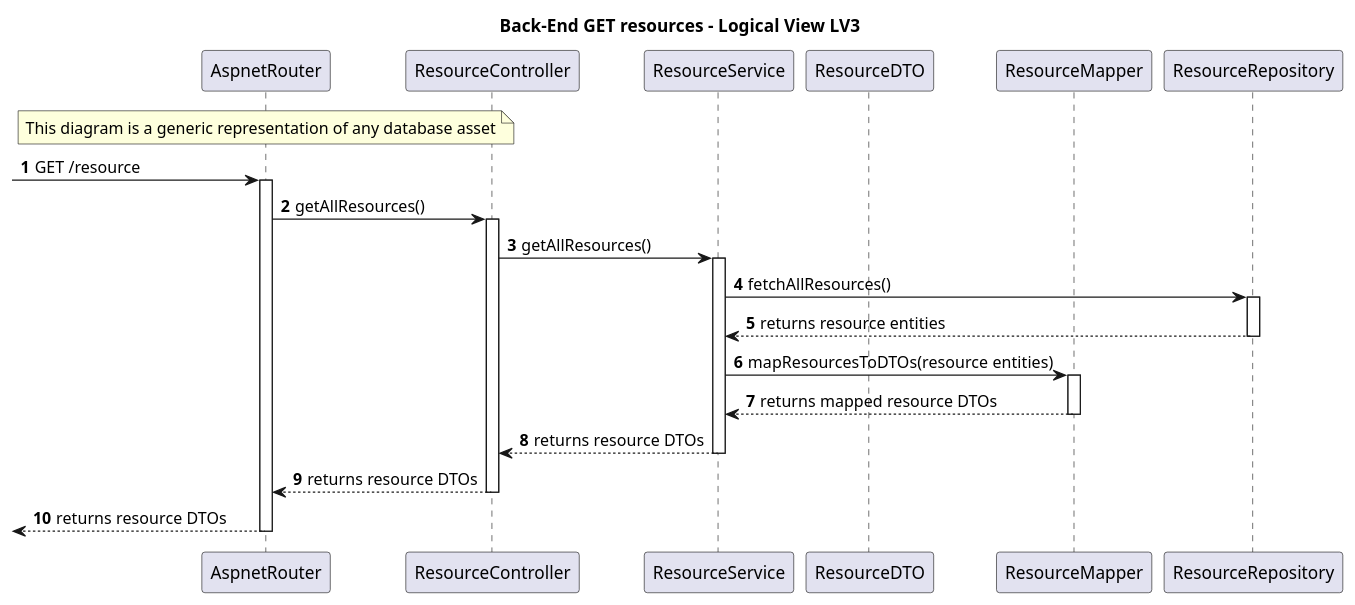
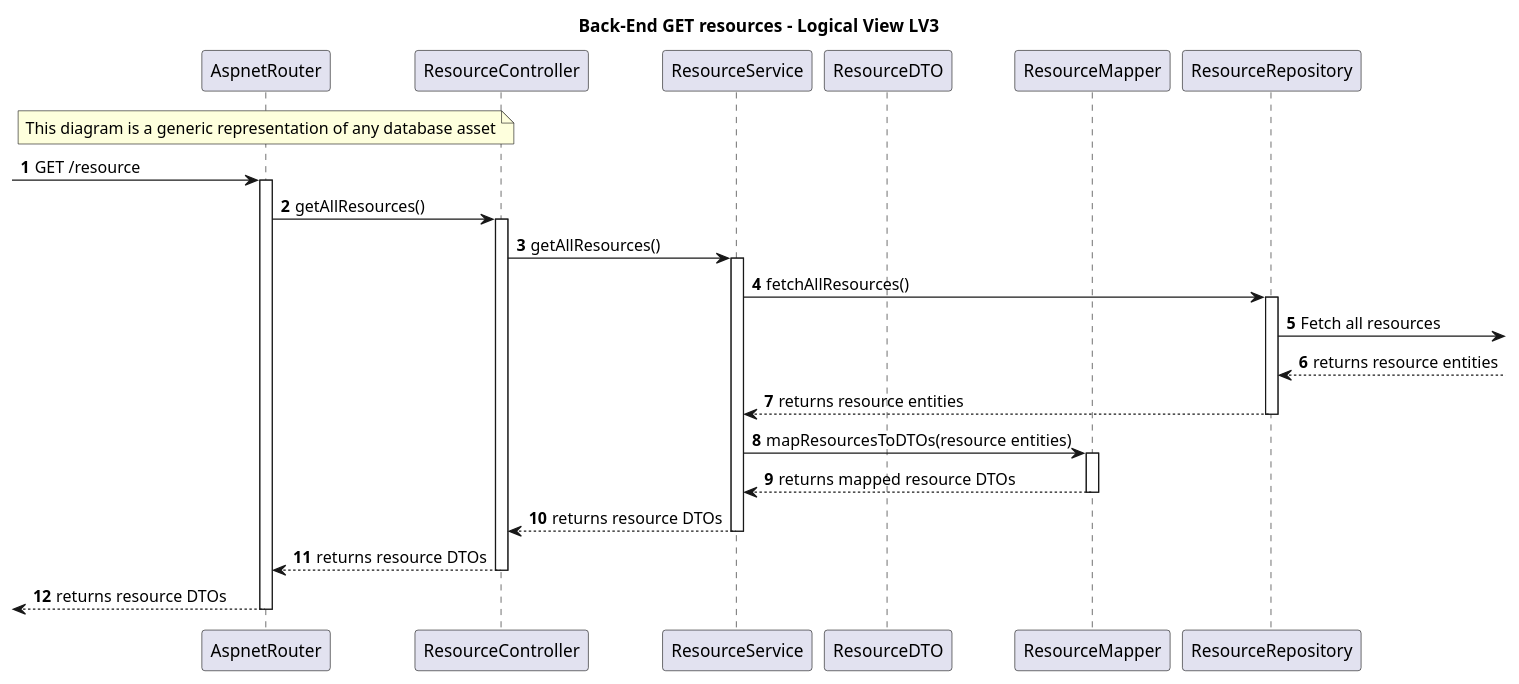
One commit to Saquinho74/LAPR5 changed the diagram in Docs/SprintA/global_artifacts/generic_GET/level3/genericGetLevel3.puml. Above: the diagram before and after it, drawn with PlantUML. The commit also changed 2 other files, not shown here.

```diff
--- a/Docs/SprintA/global_artifacts/generic_GET/level3/genericGetLevel3.puml
+++ b/Docs/SprintA/global_artifacts/generic_GET/level3/genericGetLevel3.puml
@@ -1,50 +1,57 @@
 @startuml
 autonumber
 skinparam packageStyle rect
 
 title Back-End GET resources - Logical View LV3
 
 participant AspnetRouter as router
 participant ResourceController as ctrl
 participant ResourceService as service
 participant ResourceDTO as dto
 participant ResourceMapper as mapper
 participant ResourceRepository as repo
 
 
 note over router
 This diagram is a generic representation of any database asset
 end note
 
 
 -> router: GET /resource
 activate router
 
 router -> ctrl: getAllResources()
 activate ctrl
 
 ctrl -> service: getAllResources()
 activate service
 
 service -> repo: fetchAllResources()
+
 activate repo
+
+
+repo -> : Fetch all resources
+
+repo <-- : returns resource entities
+
 
 repo --> service: returns resource entities
 deactivate repo
 
 service -> mapper: mapResourcesToDTOs(resource entities)
 activate mapper
 
 mapper --> service: returns mapped resource DTOs
 deactivate mapper
 
 service --> ctrl: returns resource DTOs
 deactivate service
 
 ctrl --> router: returns resource DTOs
 deactivate ctrl
 
  <-- router : returns resource DTOs
 deactivate router
 
 @enduml
```
